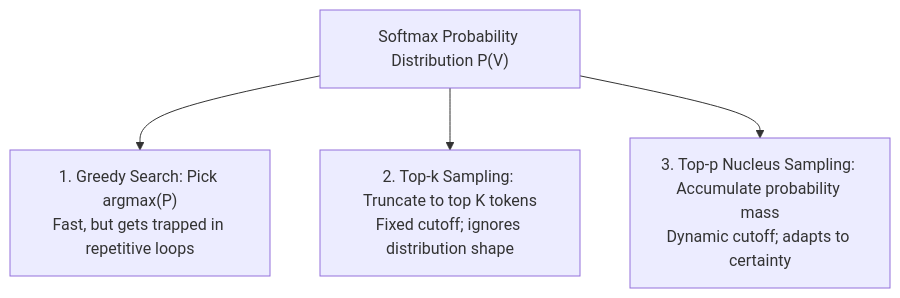
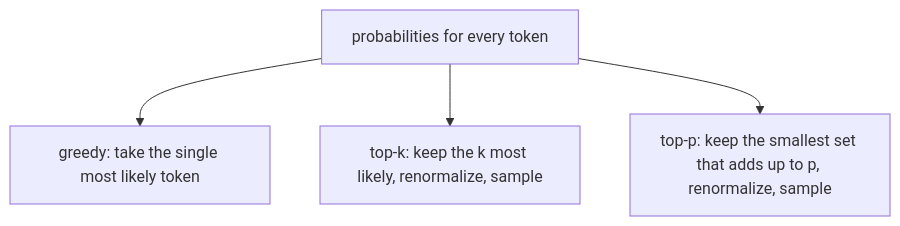
Before and after one commit to azusachino/harus-blog: the first of 2 diagrams in docs/tech/series/math-for-ai/06.probability-and-sampling.md, drawn with Mermaid. The commit also changed other lines of this file and 11 other files, not shown here.

````diff
--- a/docs/tech/series/math-for-ai/06.probability-and-sampling.md
+++ b/docs/tech/series/math-for-ai/06.probability-and-sampling.md
@@ -114,7 +57,7 @@
 ```mermaid
 flowchart TD
-    Prob["Softmax Probability Distribution P(V)"]
-    Prob --> G["1. Greedy Search: Pick argmax(P)\nFast, but gets trapped in repetitive loops"]
-    Prob --> K["2. Top-k Sampling: Truncate to top K tokens\nFixed cutoff; ignores distribution shape"]
-    Prob --> P["3. Top-p Nucleus Sampling: Accumulate probability mass\nDynamic cutoff; adapts to certainty"]
+    P["probabilities for every token"]
+    P --> G["greedy: take the single most likely token"]
+    P --> K["top-k: keep the k most likely, renormalize, sample"]
+    P --> N["top-p: keep the smallest set that adds up to p, renormalize, sample"]
 ```
````
